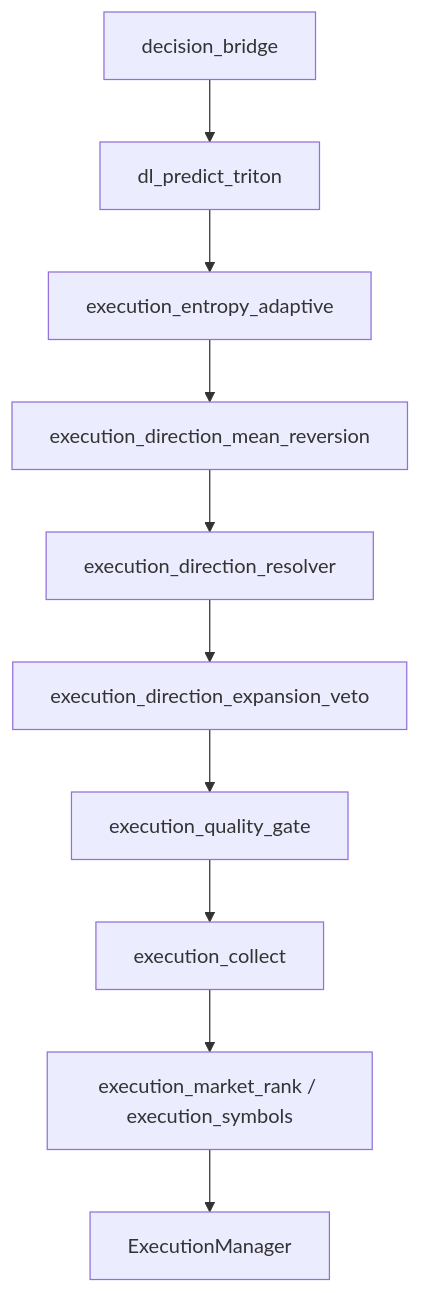
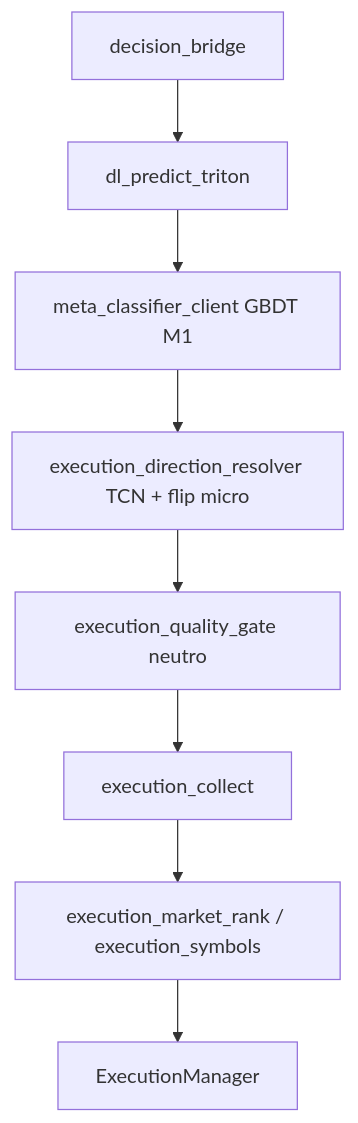
One commit to victorh-silveira/aether-quantum-engine changed the diagram in docs/structure.md. Above: the diagram before and after it, drawn with Mermaid. The commit also changed other lines of this file and 42 other files, not shown here.

First line of the commit message:
feat(engine): meta-classificador 39D, inversao micro e Martingale ancorado

````diff
--- a/docs/structure.md
+++ b/docs/structure.md
@@ -60,12 +60,10 @@
 ```mermaid
 flowchart TD
   BR[decision_bridge] --> PRED[dl_predict_triton]
-  PRED --> ENT[execution_entropy_adaptive]
-  ENT --> MRF[execution_direction_mean_reversion]
-  MRF --> RES[execution_direction_resolver]
-  RES --> EXP[execution_direction_expansion_veto]
-  EXP --> QG[execution_quality_gate]
+  PRED --> META[meta_classifier_client GBDT M1]
+  META --> RES[execution_direction_resolver TCN + flip micro]
+  RES --> QG[execution_quality_gate neutro]
   QG --> COL[execution_collect]
   COL --> RANK[execution_market_rank / execution_symbols]
   RANK --> EM[ExecutionManager]
 ```
````
